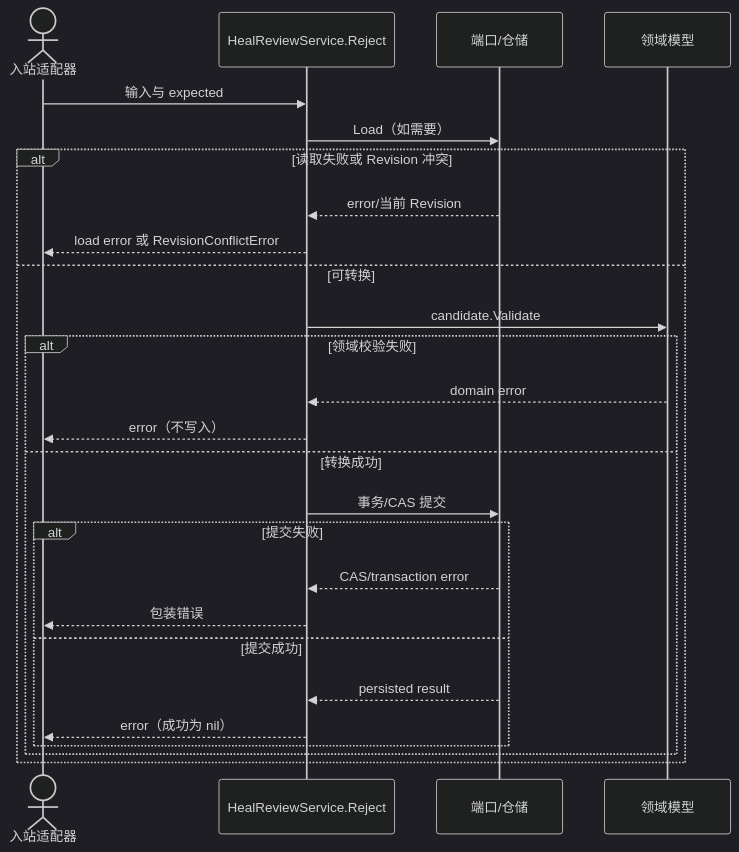
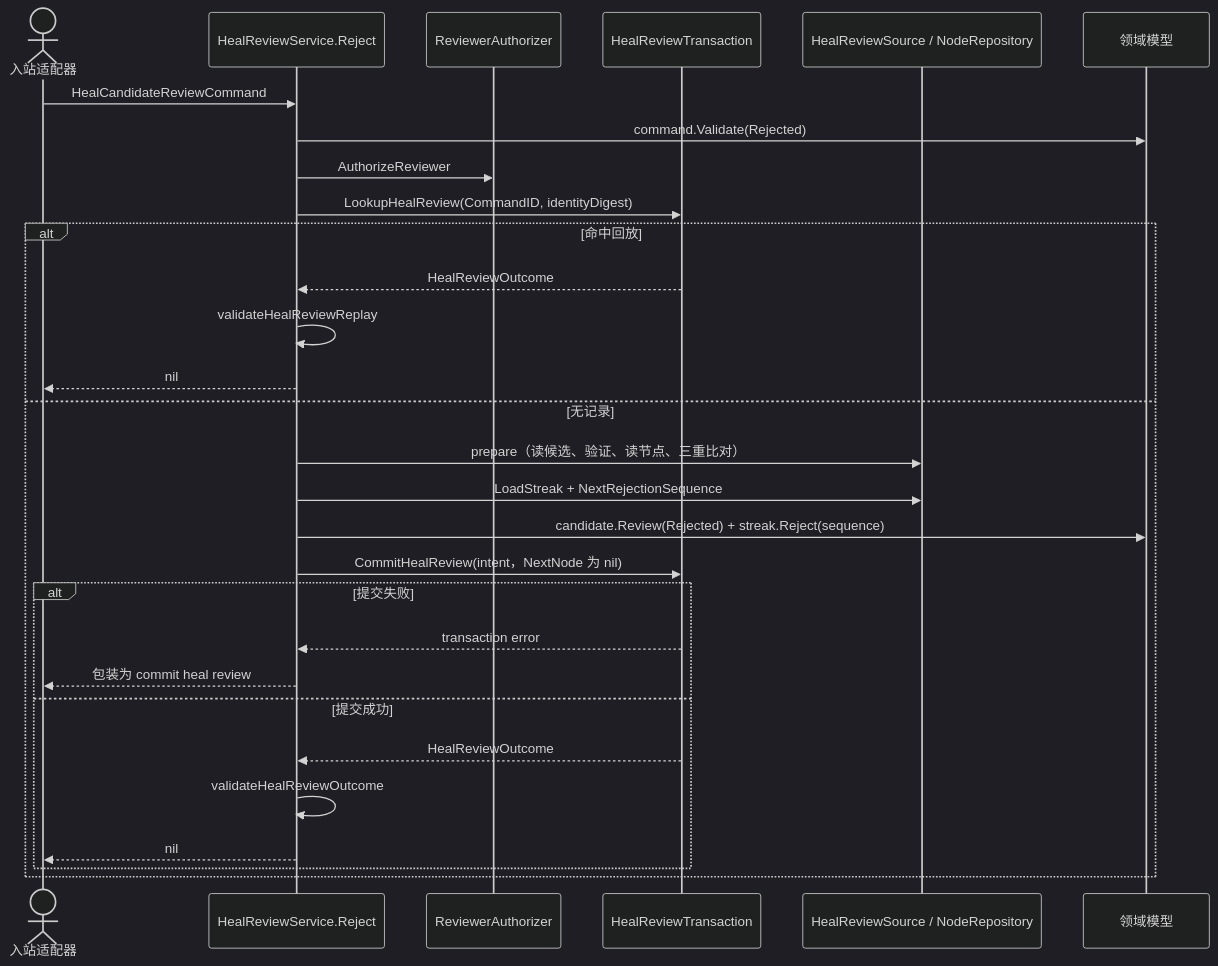
One commit to Capsule7446/healix-core changed the first of 2 diagrams in docs/application/automation/reject-heal-candidate.md. Above: the diagram before and after it, drawn with Mermaid (dark theme). The commit also changed other lines of this file and 380 other files, not shown here.

````diff
--- a/docs/application/automation/reject-heal-candidate.md
+++ b/docs/application/automation/reject-heal-candidate.md
@@ -30,28 +22,31 @@
 ```mermaid
 sequenceDiagram
     actor A as 入站适配器
     participant S as HealReviewService.Reject
-    participant R as 端口/仓储
+    participant Auth as ReviewerAuthorizer
+    participant T as HealReviewTransaction
+    participant Src as HealReviewSource / NodeRepository
     participant D as 领域模型
-    A->>S: 输入与 expected
-    S->>R: Load（如需要）
-    alt 读取失败或 Revision 冲突
-        R-->>S: error/当前 Revision
-        S-->>A: load error 或 RevisionConflictError
-    else 可转换
-        S->>D: candidate.Validate
-        alt 领域校验失败
-            D-->>S: domain error
-            S-->>A: error（不写入）
-        else 转换成功
-            S->>R: 事务/CAS 提交
-            alt 提交失败
-                R-->>S: CAS/transaction error
-                S-->>A: 包装错误
-            else 提交成功
-                R-->>S: persisted result
-                S-->>A: error（成功为 nil）
-            end
+    A->>S: HealCandidateReviewCommand
+    S->>D: command.Validate(Rejected)
+    S->>Auth: AuthorizeReviewer
+    S->>T: LookupHealReview(CommandID, identityDigest)
+    alt 命中回放
+        T-->>S: HealReviewOutcome
+        S->>S: validateHealReviewReplay
+        S-->>A: nil
+    else 无记录
+        S->>Src: prepare（读候选、验证、读节点、三重比对）
+        S->>Src: LoadStreak + NextRejectionSequence
+        S->>D: candidate.Review(Rejected) + streak.Reject(sequence)
+        S->>T: CommitHealReview(intent，NextNode 为 nil)
+        alt 提交失败
+            T-->>S: transaction error
+            S-->>A: 包装为 commit heal review
+        else 提交成功
+            T-->>S: HealReviewOutcome
+            S->>S: validateHealReviewOutcome
+            S-->>A: nil
         end
     end
 ```
````
